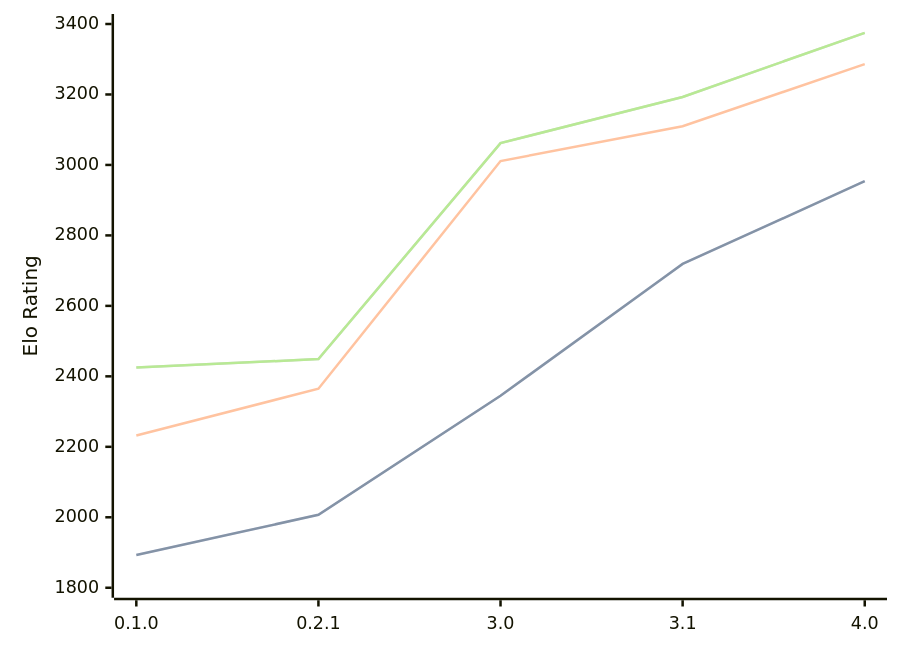
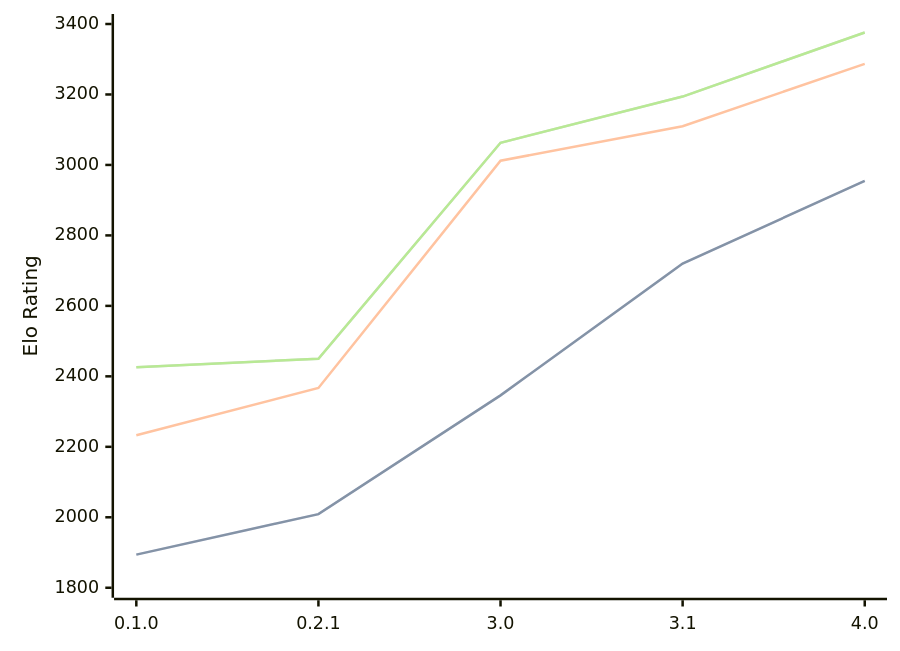
Before and after one commit to computer-chess-index/cci: the diagram in engines/Sykora.md, drawn with Mermaid. The commit also changed other lines of this file, not shown here.

Commit message:
Update CCI Ratings (ELO VLTC) - 2026-10-09

````diff
--- a/engines/Sykora.md
+++ b/engines/Sykora.md
@@ -37,11 +37,11 @@
 ```mermaid
 %%{init: {"theme":"base","themeVariables":{"seriesColors:['#a3a3a3','#222221','#faa371']}}}%%
 xychart-beta
   x-axis ["0.1.0", "0.2.1", "3.0", "3.1", "4.0"]
   y-axis "Elo Rating" 1800 --> 3400
-  line "" [1893, 2007, 2345, 2719, 2954]
-  line "STC (8.0+0.08s)" [1893, 2007, 2345, 2719, 2954]
-  line "LTC (60.0+0.60s)" [2232, 2365, 3011, 3110, 3286]
-  line "" [2425, 2449, 3062, 3193, 3375]
-  line "VLTC (2m24s+1.12s)" [2425, 2449, 3062, 3193, 3375]
+  line "" [1894, 2009, 2346, 2720, 2955]
+  line "STC (8.0+0.08s)" [1894, 2009, 2346, 2720, 2955]
+  line "LTC (60.0+0.60s)" [2233, 2367, 3012, 3110, 3287]
+  line "" [2426, 2450, 3063, 3194, 3376]
+  line "VLTC (2m24s+1.12s)" [2426, 2450, 3063, 3194, 3376]
 ```
````
